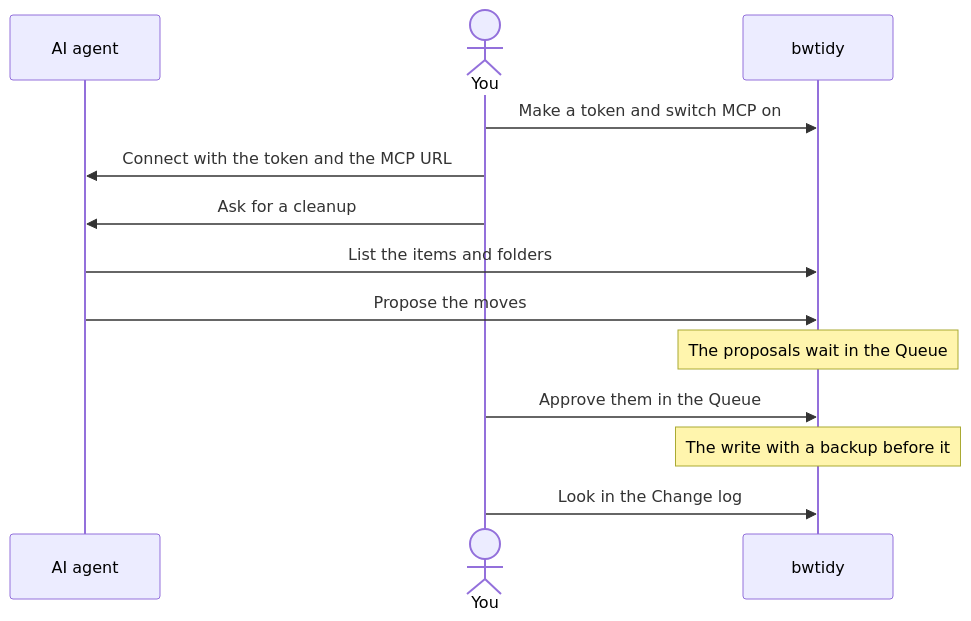
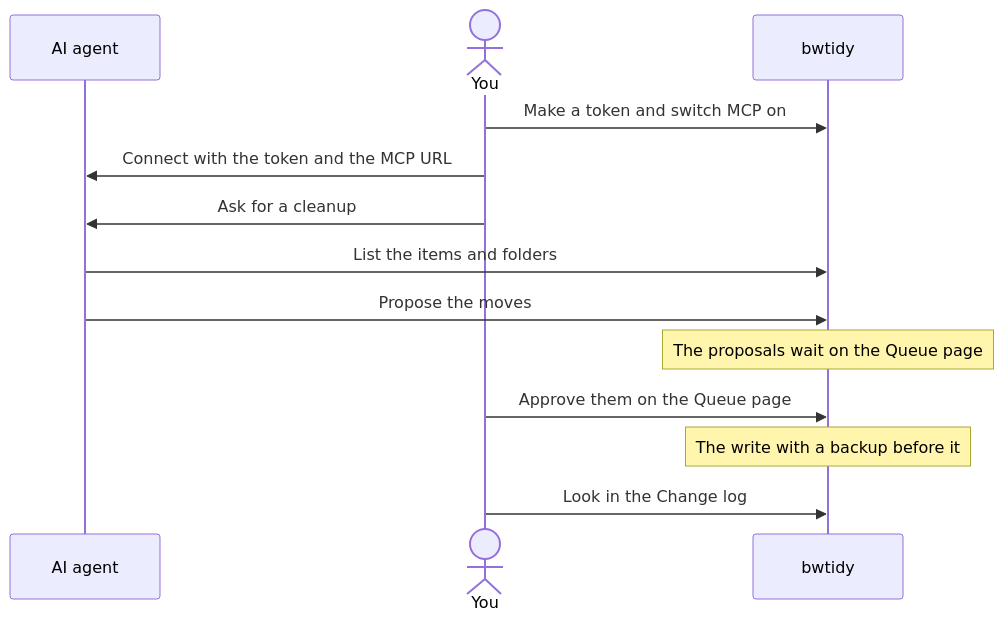
The diagram in docs/tutorial/mcp.md (tnek213/bwtidy), drawn with Mermaid before and after one commit. The commit also changed other lines of this file and 18 other files, not shown here.

````diff
--- a/docs/tutorial/mcp.md
+++ b/docs/tutorial/mcp.md
@@ -22,15 +23,15 @@
-```mermaid alt="You make a token in bwtidy and switch MCP on. You connect your agent with the token and the MCP URL and ask it for a cleanup. The agent lists your items and folders and proposes the moves, which wait in the Queue. You approve them there and bwtidy writes them with a backup of the vault before the write. The Change log then shows the write and its backup."
+```mermaid alt="You make a token in bwtidy and switch MCP on. You connect your agent with the token and the MCP URL and ask it for a cleanup. The agent lists your items and folders and proposes the moves, which wait on the Queue page. You approve them there and bwtidy writes them with a backup of the vault before the write. The Change log then shows the write and its backup."
 sequenceDiagram
   participant Agent as AI agent
   actor You
   participant bwtidy
   You->>bwtidy: Make a token and switch MCP on
   You->>Agent: Connect with the token and the MCP URL
   You->>Agent: Ask for a cleanup
   Agent->>bwtidy: List the items and folders
   Agent->>bwtidy: Propose the moves
-  Note over bwtidy: The proposals wait in the Queue
-  You->>bwtidy: Approve them in the Queue
+  Note over bwtidy: The proposals wait on the Queue page
+  You->>bwtidy: Approve them on the Queue page
   Note over bwtidy: The write with a backup before it
   You->>bwtidy: Look in the Change log
 ```
````
